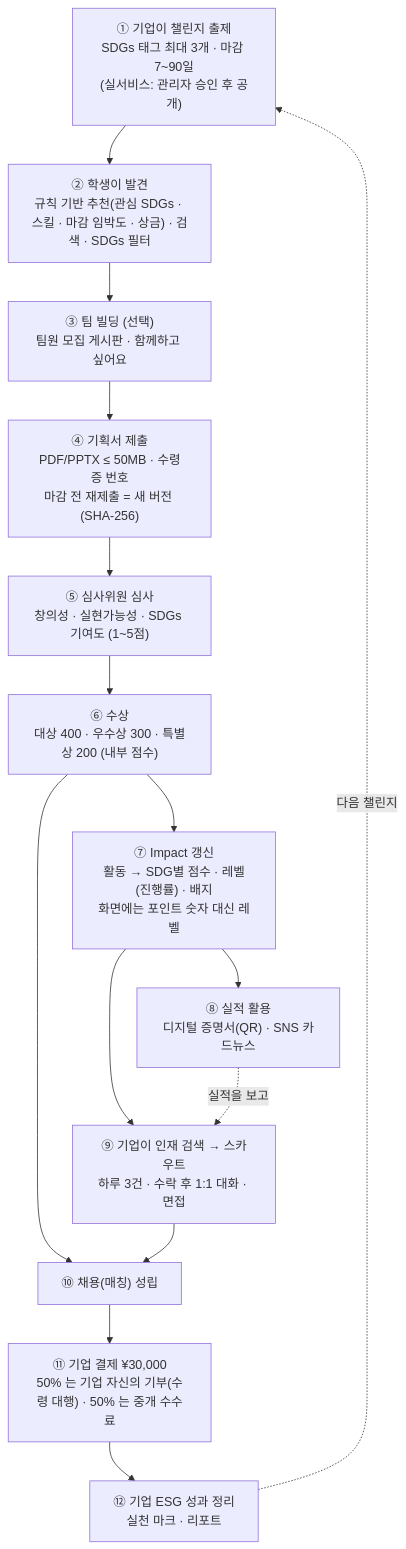
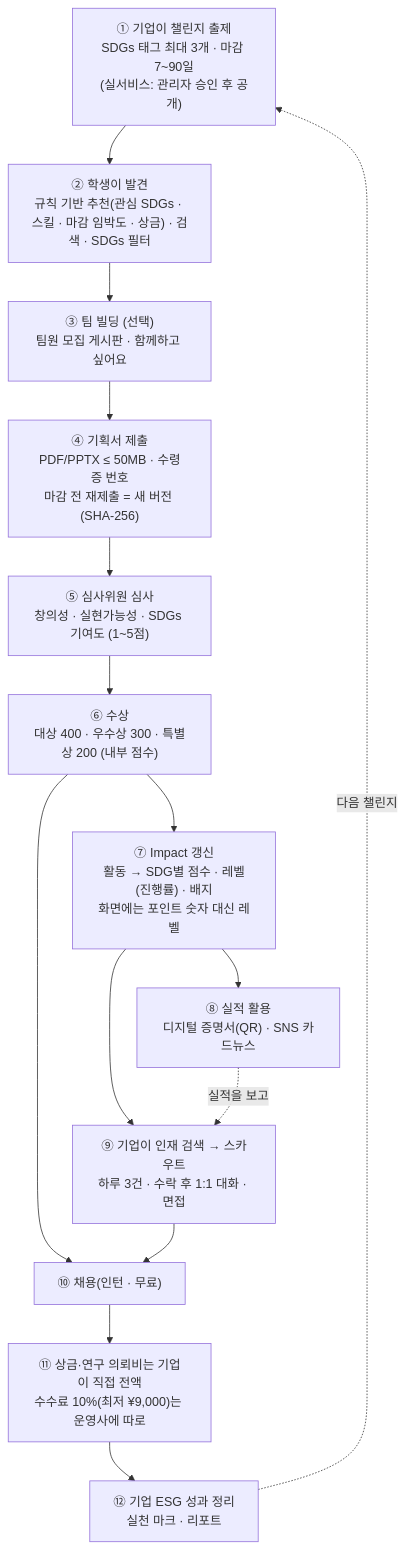
The second of 18 diagrams in README.md (atome9797/sdgs-compass), drawn with Mermaid before and after one commit. The commit also changed other lines of this file and 38 other files, not shown here.

````diff
--- a/README.md
+++ b/README.md
@@ -195,21 +195,21 @@
 ```mermaid
 flowchart TD
   A["① 기업이 챌린지 출제<br/>SDGs 태그 최대 3개 · 마감 7~90일<br/>(실서비스: 관리자 승인 후 공개)"]
   B["② 학생이 발견<br/>규칙 기반 추천(관심 SDGs · 스킬 · 마감 임박도 · 상금) · 검색 · SDGs 필터"]
   C["③ 팀 빌딩 (선택)<br/>팀원 모집 게시판 · 함께하고 싶어요"]
   D["④ 기획서 제출<br/>PDF/PPTX ≤ 50MB · 수령증 번호<br/>마감 전 재제출 = 새 버전 (SHA-256)"]
   E["⑤ 심사위원 심사<br/>창의성 · 실현가능성 · SDGs 기여도 (1~5점)"]
   F["⑥ 수상<br/>대상 400 · 우수상 300 · 특별상 200 (내부 점수)"]
   G["⑦ Impact 갱신<br/>활동 → SDG별 점수 · 레벨(진행률) · 배지<br/>화면에는 포인트 숫자 대신 레벨"]
   H["⑧ 실적 활용<br/>디지털 증명서(QR) · SNS 카드뉴스"]
   I["⑨ 기업이 인재 검색 → 스카우트<br/>하루 3건 · 수락 후 1:1 대화 · 면접"]
-  J["⑩ 채용(매칭) 성립"]
-  K["⑪ 기업 결제 ¥30,000<br/>50% 는 기업 자신의 기부(수령 대행) · 50% 는 중개 수수료"]
+  J["⑩ 채용(인턴 · 무료)"]
+  K["⑪ 상금·연구 의뢰비는 기업이 직접 전액<br/>수수료 10%(최저 ¥9,000)는 운영사에 따로"]
   L["⑫ 기업 ESG 성과 정리<br/>실천 마크 · 리포트"]
   A --> B --> C --> D --> E --> F --> G --> H
   F --> J
   G --> I
   H -. "실적을 보고" .-> I
   I --> J --> K --> L
   L -. "다음 챌린지" .-> A
 ```
````
